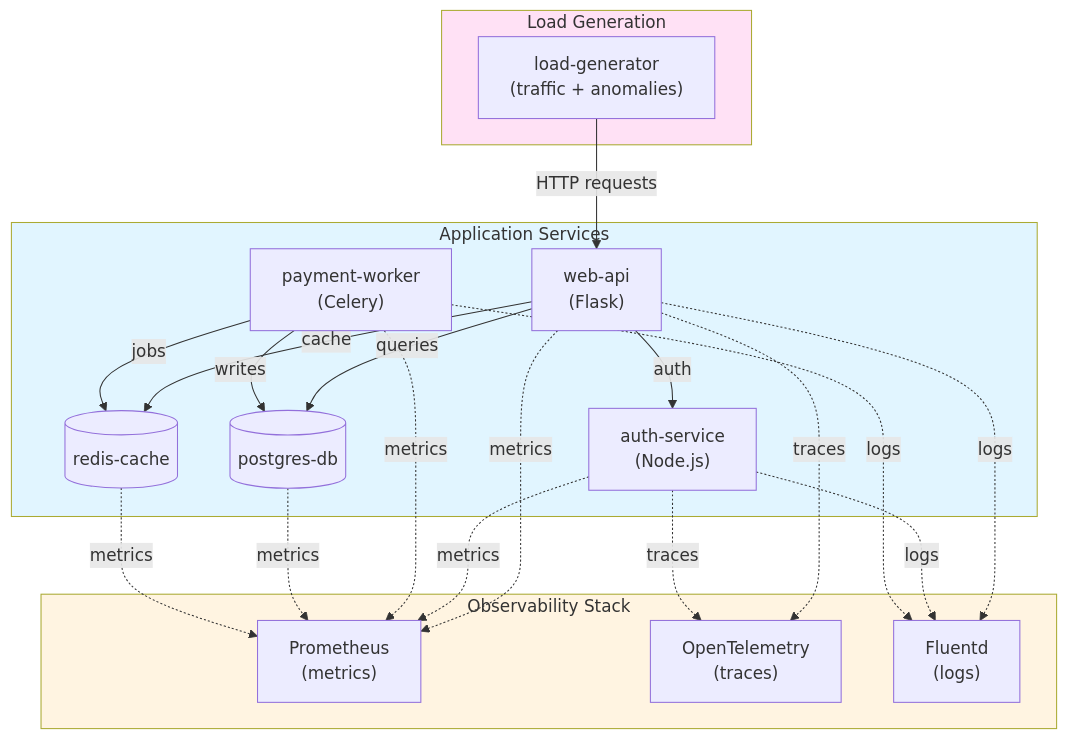
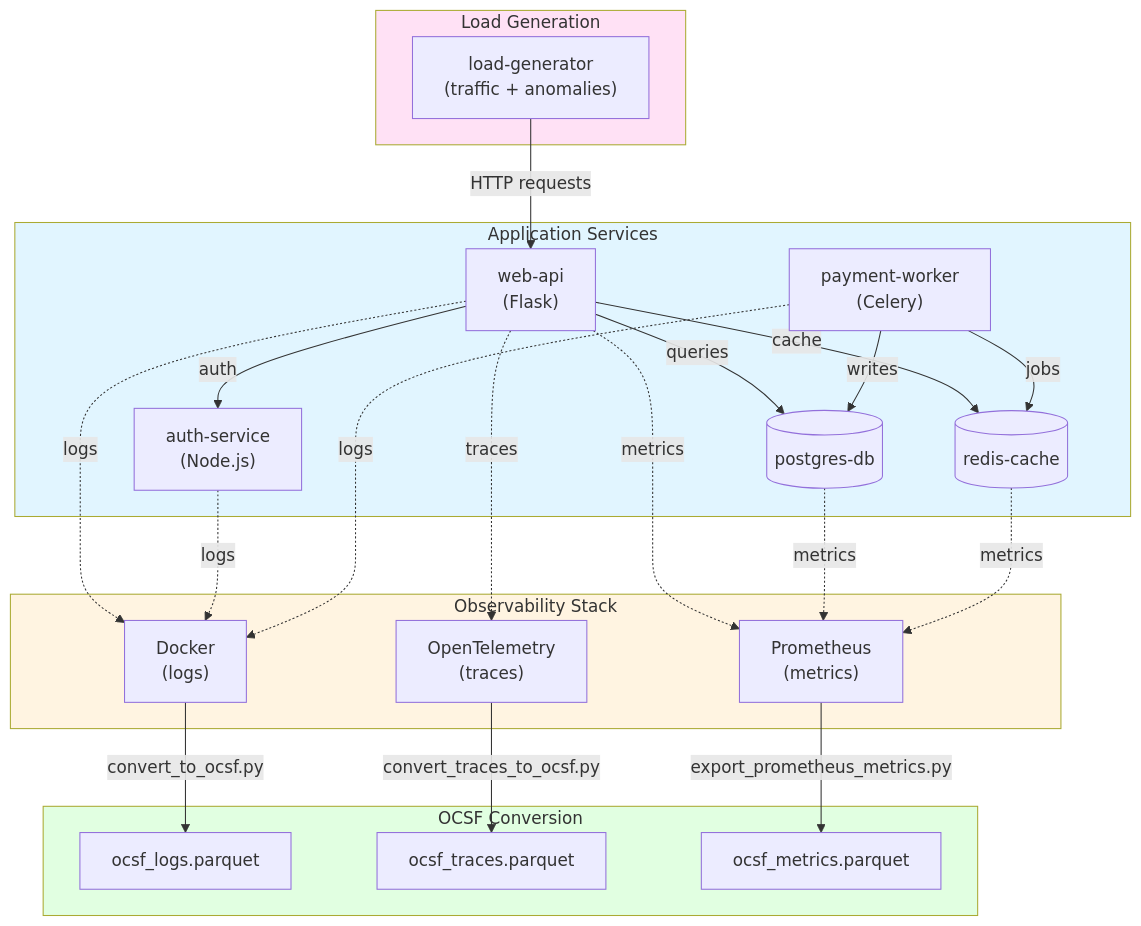
The diagram in ai-eng/embedding-anomaly-detection/appendix-generating-training-data.md (snowch/snowch.github.io), drawn with Mermaid before and after one commit. The commit also changed other lines of this file, not shown here.

Commit message:
Update mermaid diagram to show OCSF conversion flow

````diff
--- a/ai-eng/embedding-anomaly-detection/appendix-generating-training-data.md
+++ b/ai-eng/embedding-anomaly-detection/appendix-generating-training-data.md
@@ -30,45 +30,53 @@
 ```{mermaid}
 graph TB
     subgraph apps["Application Services"]
         webapi["web-api<br/>(Flask)"]
         auth["auth-service<br/>(Node.js)"]
         worker["payment-worker<br/>(Celery)"]
         postgres[("postgres-db")]
         redis[("redis-cache")]
     end
 
     subgraph obs["Observability Stack"]
         prom["Prometheus<br/>(metrics)"]
         otel["OpenTelemetry<br/>(traces)"]
-        fluentd["Fluentd<br/>(logs)"]
+        docker["Docker<br/>(logs)"]
     end
 
     subgraph gen["Load Generation"]
         loadgen["load-generator<br/>(traffic + anomalies)"]
+    end
+
+    subgraph ocsf["OCSF Conversion"]
+        logs_parquet["ocsf_logs.parquet"]
+        traces_parquet["ocsf_traces.parquet"]
+        metrics_parquet["ocsf_metrics.parquet"]
     end
 
     webapi -->|queries| postgres
     webapi -->|cache| redis
     webapi -->|auth| auth
     worker -->|jobs| redis
     worker -->|writes| postgres
 
     webapi -.->|metrics| prom
-    auth -.->|metrics| prom
-    worker -.->|metrics| prom
     postgres -.->|metrics| prom
     redis -.->|metrics| prom
 
     webapi -.->|traces| otel
-    auth -.->|traces| otel
 
-    webapi -.->|logs| fluentd
-    auth -.->|logs| fluentd
-    worker -.->|logs| fluentd
+    webapi -.->|logs| docker
+    auth -.->|logs| docker
+    worker -.->|logs| docker
 
     loadgen -->|HTTP requests| webapi
+
+    docker -->|convert_to_ocsf.py| logs_parquet
+    otel -->|convert_traces_to_ocsf.py| traces_parquet
+    prom -->|export_prometheus_metrics.py| metrics_parquet
 
     style apps fill:#e1f5ff
     style obs fill:#fff4e1
     style gen fill:#ffe1f5
+    style ocsf fill:#e1ffe1
 ```
````
